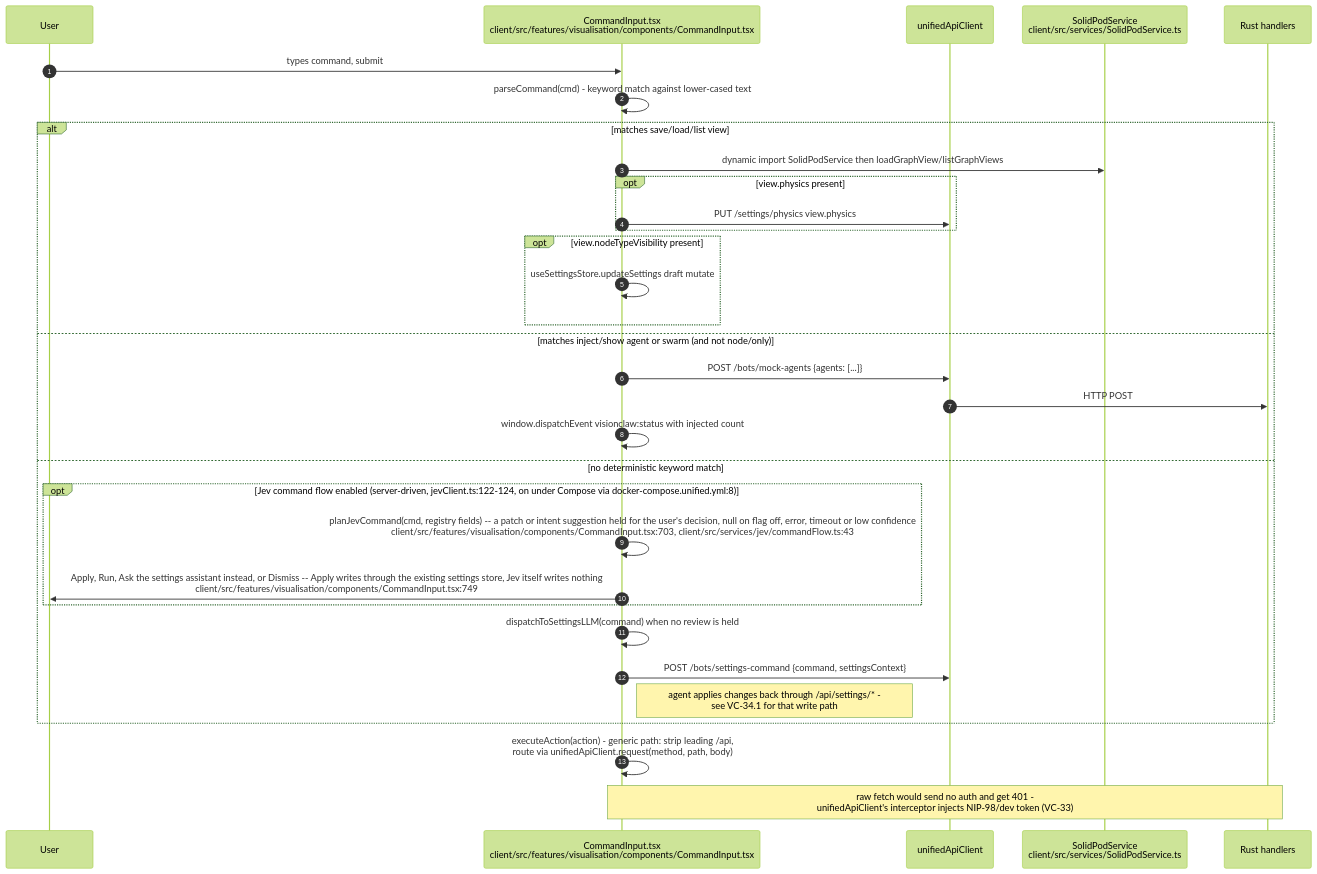
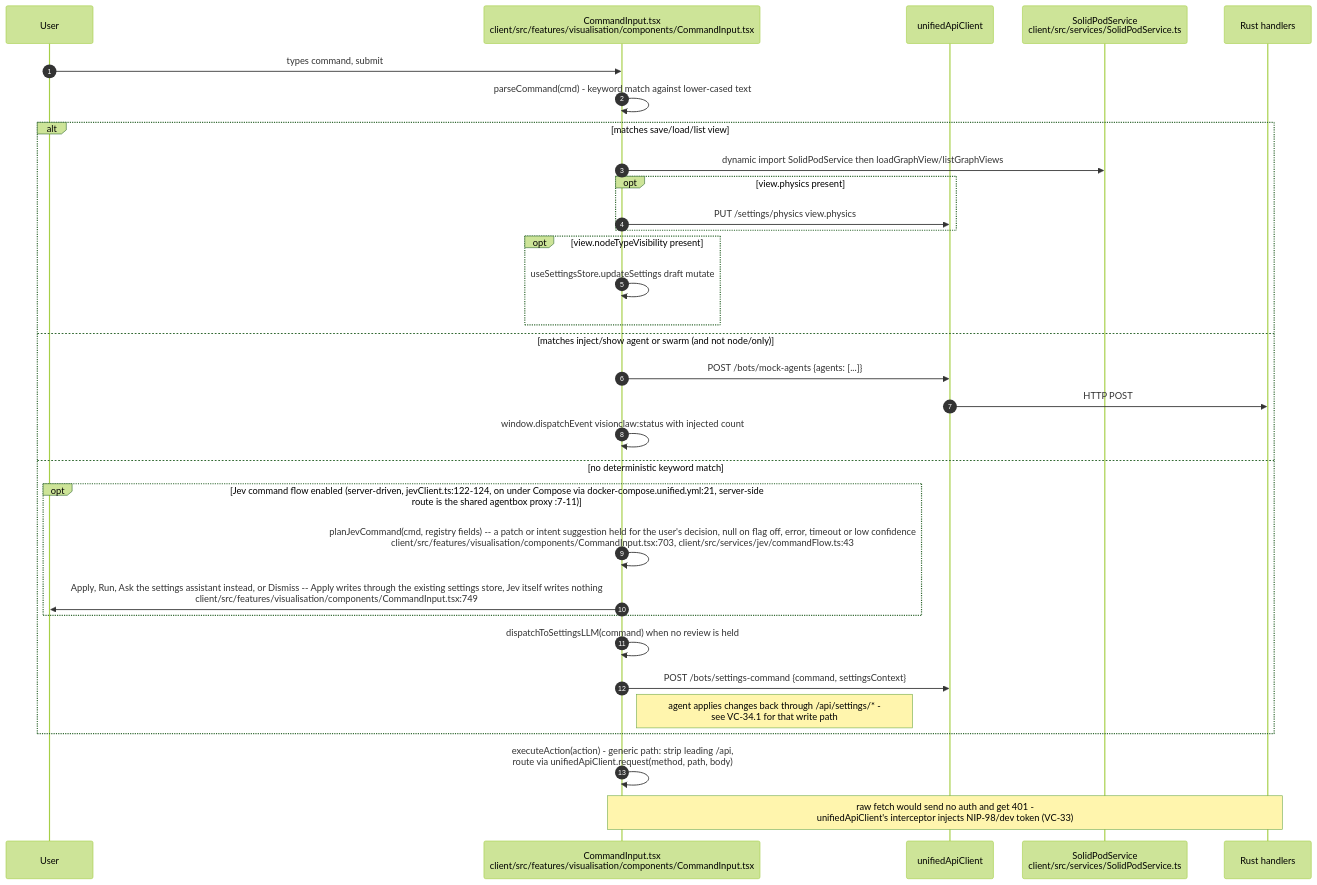
One commit to DreamLab-AI/VisionFlow changed diagram 18 of 20 in docs/diagrams/visionclaw/34-client-features.md. Above: the diagram before and after it, drawn with Mermaid (forest theme). The commit also changed other lines of this file and 142 other files, not shown here.

First line of the commit message:
docs(diagrams): one System One route; re-verify 140 topics at today's heads

````diff
--- a/docs/diagrams/visionclaw/34-client-features.md
+++ b/docs/diagrams/visionclaw/34-client-features.md
@@ -620,35 +620,35 @@
 ```mermaid
 sequenceDiagram
     autonumber
     participant U as User
     participant CI as CommandInput.tsx<br/>client/src/features/visualisation/components/CommandInput.tsx
     participant UAC as unifiedApiClient
     participant Pod as SolidPodService<br/>client/src/services/SolidPodService.ts
     participant SRV as Rust handlers
 
     U->>CI: types command, submit
     CI->>CI: parseCommand(cmd) - keyword match against lower-cased text
     alt matches save/load/list view
         CI->>Pod: dynamic import SolidPodService then loadGraphView/listGraphViews
         opt view.physics present
             CI->>UAC: PUT /settings/physics view.physics
         end
         opt view.nodeTypeVisibility present
             CI->>CI: useSettingsStore.updateSettings draft mutate
         end
     else matches inject/show agent or swarm (and not node/only)
         CI->>UAC: POST /bots/mock-agents {agents: [...]}
         UAC->>SRV: HTTP POST
         CI->>CI: window.dispatchEvent visionclaw:status with injected count
     else no deterministic keyword match
-        opt Jev command flow enabled (server-driven, jevClient.ts:122-124, on under Compose via docker-compose.unified.yml:8)
+        opt Jev command flow enabled (server-driven, jevClient.ts:122-124, on under Compose via docker-compose.unified.yml:21, server-side route is the shared agentbox proxy :7-11)
             CI->>CI: planJevCommand(cmd, registry fields) -- a patch or intent suggestion held for the user's decision, null on flag off, error, timeout or low confidence<br/>client/src/features/visualisation/components/CommandInput.tsx:703, client/src/services/jev/commandFlow.ts:43
             CI->>U: Apply, Run, Ask the settings assistant instead, or Dismiss -- Apply writes through the existing settings store, Jev itself writes nothing<br/>client/src/features/visualisation/components/CommandInput.tsx:749
         end
         CI->>CI: dispatchToSettingsLLM(command) when no review is held
         CI->>UAC: POST /bots/settings-command {command, settingsContext}
         Note right of CI: agent applies changes back through /api/settings/* -<br/>see VC-34.1 for that write path
     end
     CI->>CI: executeAction(action) - generic path: strip leading /api,<br/>route via unifiedApiClient.request(method, path, body)
     Note over CI,SRV: raw fetch would send no auth and get 401 -<br/>unifiedApiClient's interceptor injects NIP-98/dev token (VC-33)
 ```
````
